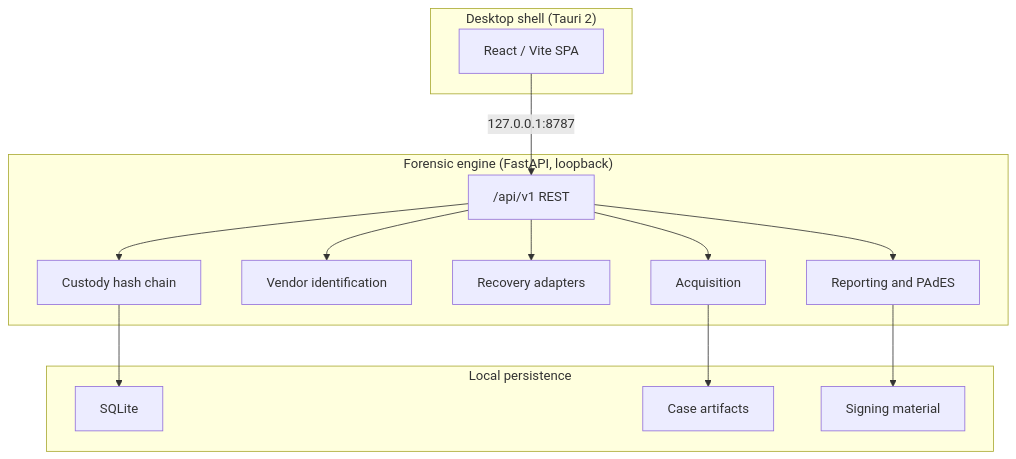
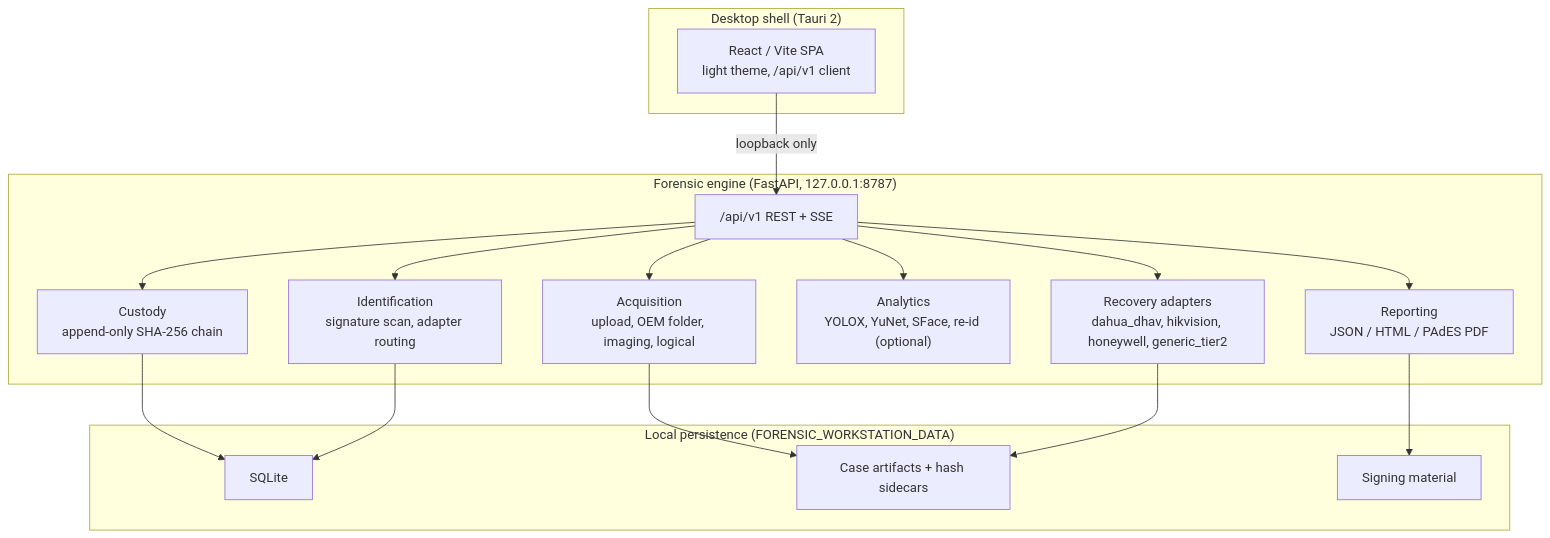
The third of 4 diagrams in README.md (navneetxdd/Pramaan), drawn with Mermaid before and after one commit. The commit also changed other lines of this file, not shown here.

First line of the commit message:
docs: expand the operator manual with diagrams

````diff
--- a/README.md
+++ b/README.md
@@ -131,24 +139,27 @@
 ```mermaid
 flowchart TB
   subgraph desktop["Desktop shell (Tauri 2)"]
-    UI["React / Vite SPA"]
+    UI["React / Vite SPA<br/>light theme, /api/v1 client"]
   end
-  subgraph engine["Forensic engine (FastAPI, loopback)"]
-    API["/api/v1 REST"]
-    ACQ["Acquisition"]
-    ID["Vendor identification"]
-    REC["Recovery adapters"]
-    CUS["Custody hash chain"]
-    REP["Reporting and PAdES"]
+  subgraph engine["Forensic engine (FastAPI, 127.0.0.1:8787)"]
+    API["/api/v1 REST + SSE"]
+    ACQ["Acquisition<br/>upload, OEM folder, imaging, logical"]
+    ID["Identification<br/>signature scan, adapter routing"]
+    REC["Recovery adapters<br/>dahua_dhav, hikvision, honeywell, generic_tier2"]
+    ANL["Analytics<br/>YOLOX, YuNet, SFace, re-id (optional)"]
+    CUS["Custody<br/>append-only SHA-256 chain"]
+    REP["Reporting<br/>JSON / HTML / PAdES PDF"]
   end
-  subgraph storage["Local persistence"]
+  subgraph storage["Local persistence (FORENSIC_WORKSTATION_DATA)"]
     DB["SQLite"]
-    ART["Case artifacts"]
+    ART["Case artifacts + hash sidecars"]
     SIG["Signing material"]
   end
-  UI -->|"127.0.0.1:8787"| API
-  API --> ACQ & ID & REC & CUS & REP
+  UI -->|"loopback only"| API
+  API --> ACQ & ID & REC & ANL & CUS & REP
   ACQ --> ART
+  REC --> ART
   CUS --> DB
   REP --> SIG
+  ID --> DB
 ```
````
